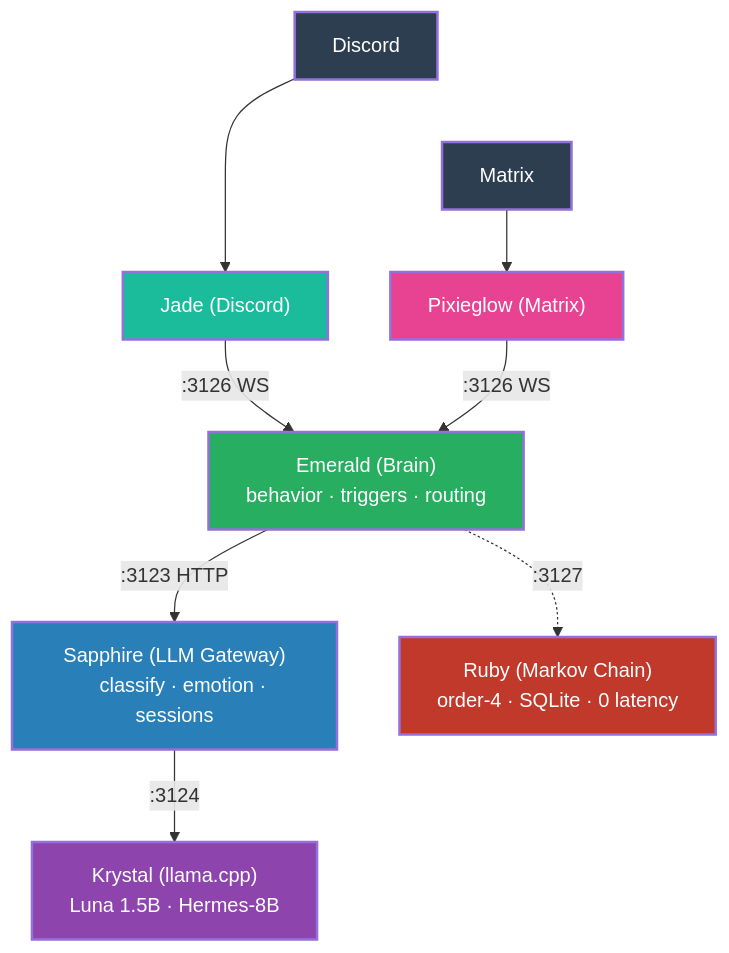
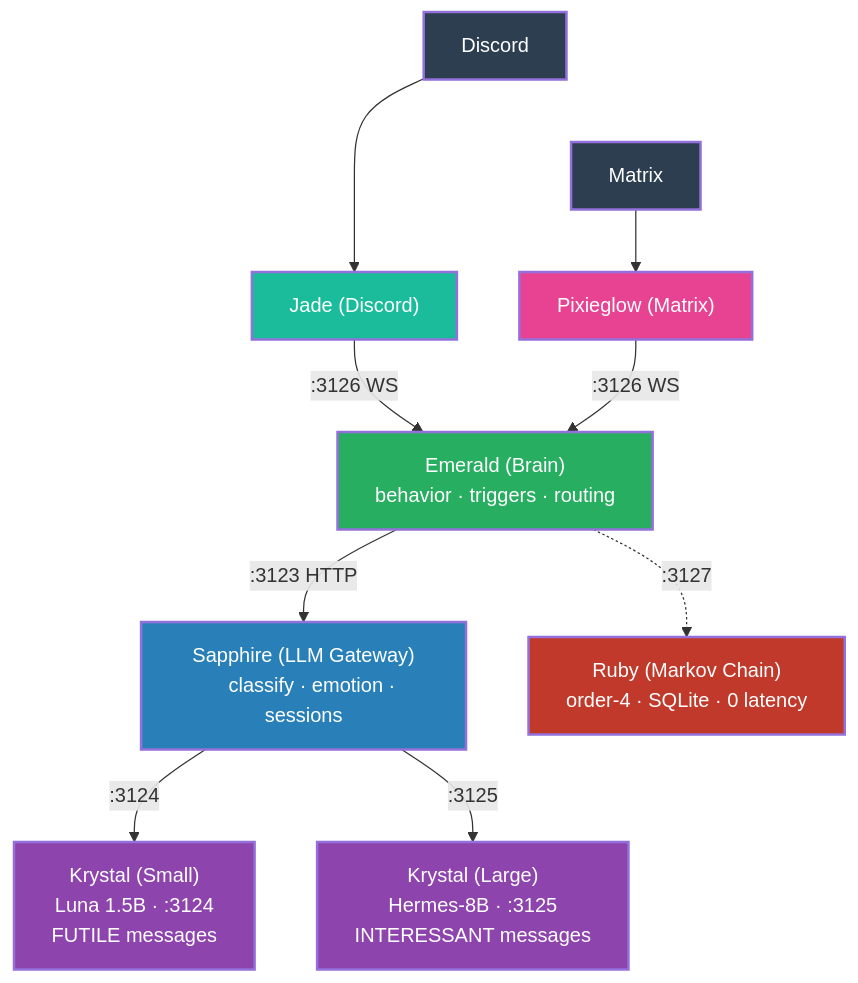
Before and after one commit to protocol-luna/.github: the diagram in profile/README.md, drawn with Mermaid.

Commit message:
Split Krystal into two instances (small FUTILE / large INTERESSANT)

````diff
--- a/profile/README.md
+++ b/profile/README.md
@@ -32,37 +32,43 @@
 ```mermaid
 flowchart TD
     classDef platform fill:#2c3e50,color:#fff,stroke-width:2px
     classDef jade fill:#1abc9c,color:#fff,stroke-width:2px
     classDef pixie fill:#e84393,color:#fff,stroke-width:2px
     classDef brain fill:#27ae60,color:#fff,stroke-width:2px
     classDef service fill:#2980b9,color:#fff,stroke-width:2px
     classDef inference fill:#8e44ad,color:#fff,stroke-width:2px
     classDef alt fill:#c0392b,color:#fff,stroke-width:2px
 
     Discord["Discord"]:::platform
     Matrix["Matrix"]:::platform
 
     Jade["Jade (Discord)"]:::jade
     Pixieglow["Pixieglow (Matrix)"]:::pixie
     Discord ~~~ Matrix
 
     Emerald["Emerald (Brain)
     behavior · triggers · routing"]:::brain
 
     Sapphire["Sapphire (LLM Gateway)
     classify · emotion · sessions"]:::service
 
-    Krystal["Krystal (llama.cpp)
-    Luna 1.5B · Hermes-8B"]:::inference
+    KrystalS["Krystal (Small)
+    Luna 1.5B · :3124
+    FUTILE messages"]:::inference
+
+    KrystalL["Krystal (Large)
+    Hermes-8B · :3125
+    INTERESSANT messages"]:::inference
 
     Ruby["Ruby (Markov Chain)
     order-4 · SQLite · 0 latency"]:::alt
 
     Discord --> Jade
     Matrix --> Pixieglow
     Jade -- ":3126 WS" --> Emerald
     Pixieglow -- ":3126 WS" --> Emerald
     Emerald -- ":3123 HTTP" --> Sapphire
-    Sapphire -- ":3124" --> Krystal
+    Sapphire -- ":3124" --> KrystalS
+    Sapphire -- ":3125" --> KrystalL
     Emerald -.->|":3127"| Ruby
 ```
````
